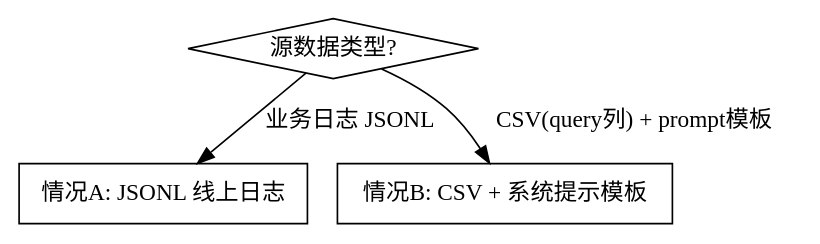
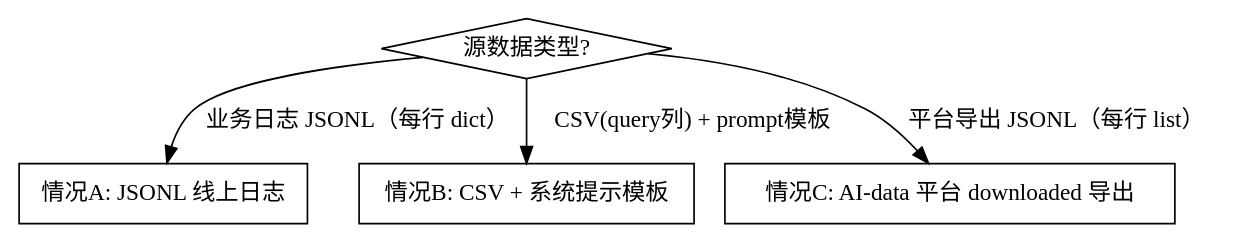
The diagram in clingo/docs/skills/traffic-dataset-prep/SKILL.md (Ginger123319/research_bot), drawn with Graphviz before and after one commit. The commit also changed other lines of this file and 32 other files, not shown here.

````diff
--- a/clingo/docs/skills/traffic-dataset-prep/SKILL.md
+++ b/clingo/docs/skills/traffic-dataset-prep/SKILL.md
@@ -18,10 +18,12 @@
 ```dot
 digraph data_prep {
     "源数据类型?" [shape=diamond];
     "情况A: JSONL 线上日志" [shape=box];
     "情况B: CSV + 系统提示模板" [shape=box];
+    "情况C: AI-data 平台 downloaded 导出" [shape=box];
 
-    "源数据类型?" -> "情况A: JSONL 线上日志" [label="业务日志 JSONL"];
+    "源数据类型?" -> "情况A: JSONL 线上日志" [label="业务日志 JSONL（每行 dict）"];
     "源数据类型?" -> "情况B: CSV + 系统提示模板" [label="CSV(query列) + prompt模板"];
+    "源数据类型?" -> "情况C: AI-data 平台 downloaded 导出" [label="平台导出 JSONL（每行 list）"];
 }
 ```
````
